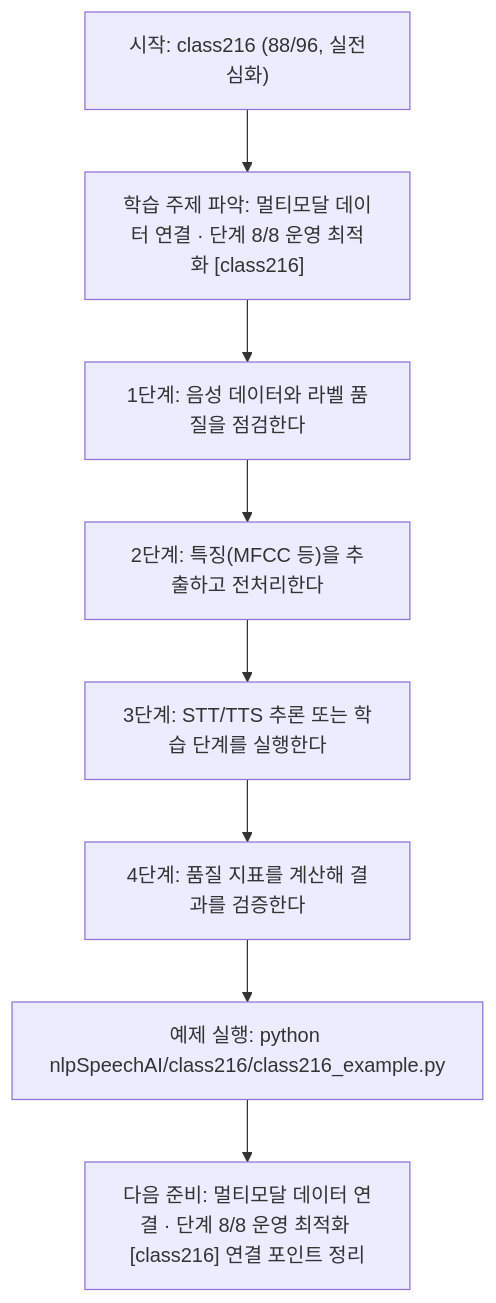
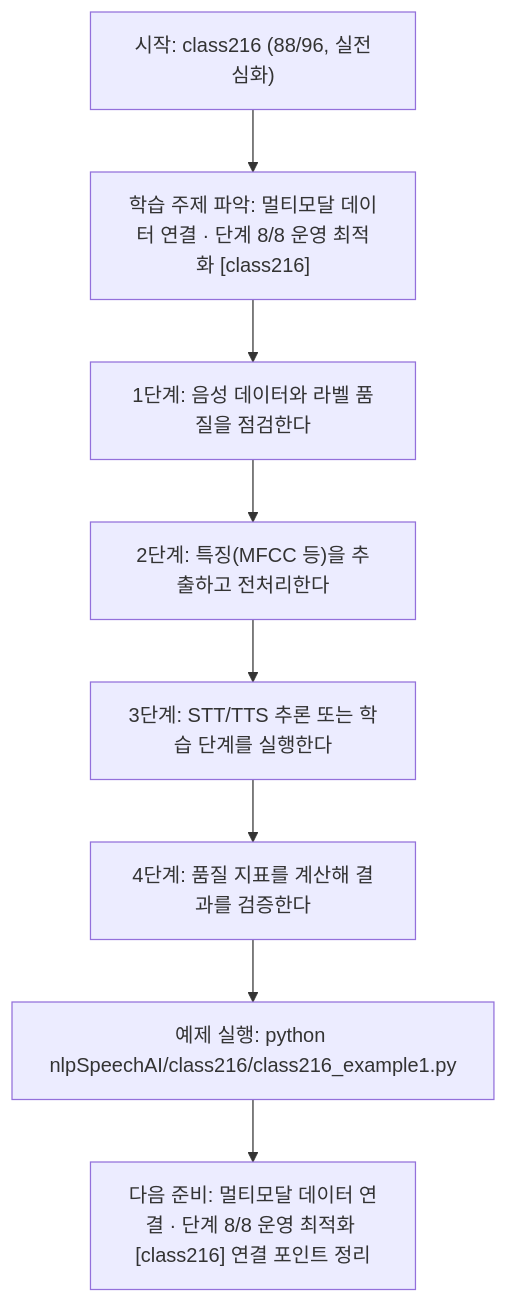
One commit to edumgt/Python-AI_Agent-Class changed the diagram in nlpSpeechAI/class216/class216.md. Above: the diagram before and after it, drawn with Mermaid. The commit also changed other lines of this file and 2959 other files, not shown here.

````diff
--- a/nlpSpeechAI/class216/class216.md
+++ b/nlpSpeechAI/class216/class216.md
@@ -114,18 +114,18 @@
 ```mermaid
 flowchart TD
 N1["시작: class216 (88/96, 실전심화)"]
 N2["학습 주제 파악: 멀티모달 데이터 연결 · 단계 8/8 운영 최적화 [class216]"]
 N3["1단계: 음성 데이터와 라벨 품질을 점검한다"]
 N4["2단계: 특징(MFCC 등)을 추출하고 전처리한다"]
 N5["3단계: STT/TTS 추론 또는 학습 단계를 실행한다"]
 N6["4단계: 품질 지표를 계산해 결과를 검증한다"]
-N7["예제 실행: python nlpSpeechAI/class216/class216_example.py"]
+N7["예제 실행: python nlpSpeechAI/class216/class216_example1.py"]
 N8["다음 준비: 멀티모달 데이터 연결 · 단계 8/8 운영 최적화 [class216] 연결 포인트 정리"]
 N1 --> N2
 N2 --> N3
 N3 --> N4
 N4 --> N5
 N5 --> N6
 N6 --> N7
 N7 --> N8
 ```
````
